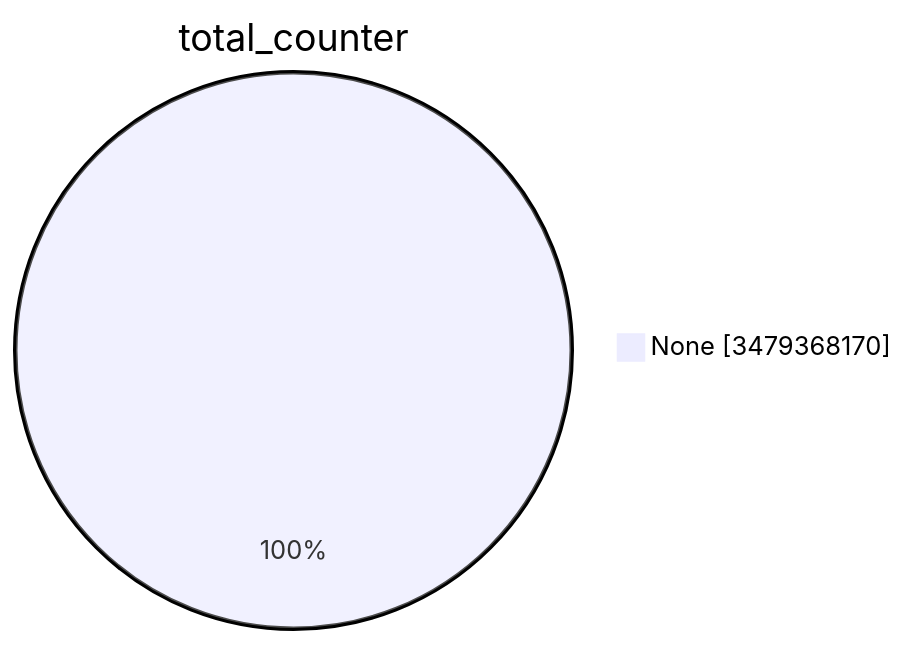
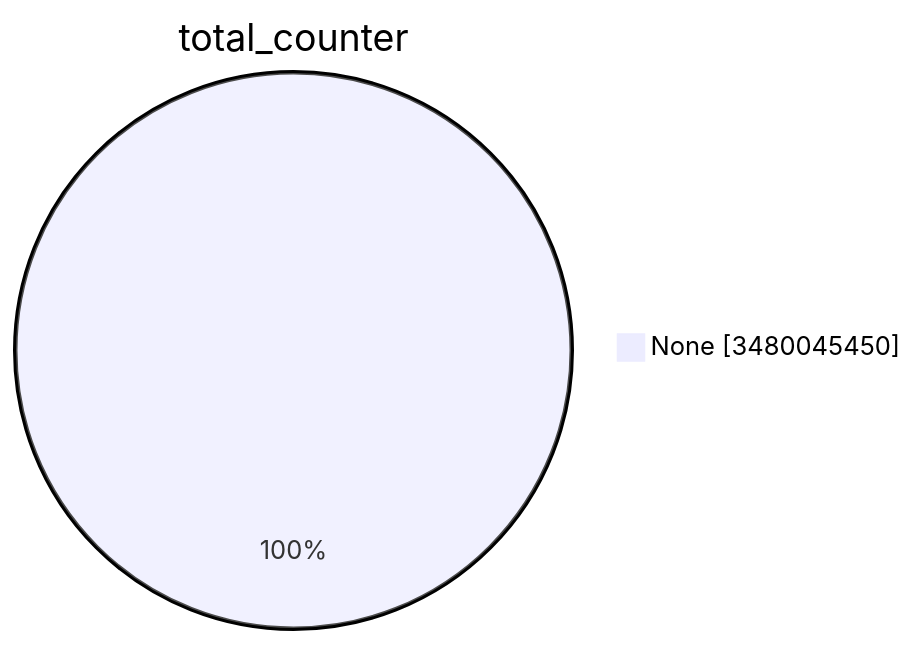
The first of 15 diagrams in TOTAL/README.md (christiankrug/ctmonitor_visualization), drawn with Mermaid before and after one commit. The commit also changed other lines of this file, not shown here.

````diff
--- a/TOTAL/README.md
+++ b/TOTAL/README.md
@@ -1,5 +1,5 @@
 ```mermaid
 pie showData
 title total_counter
-"None" :3479368170
+"None" :3480045450
 ```
````
